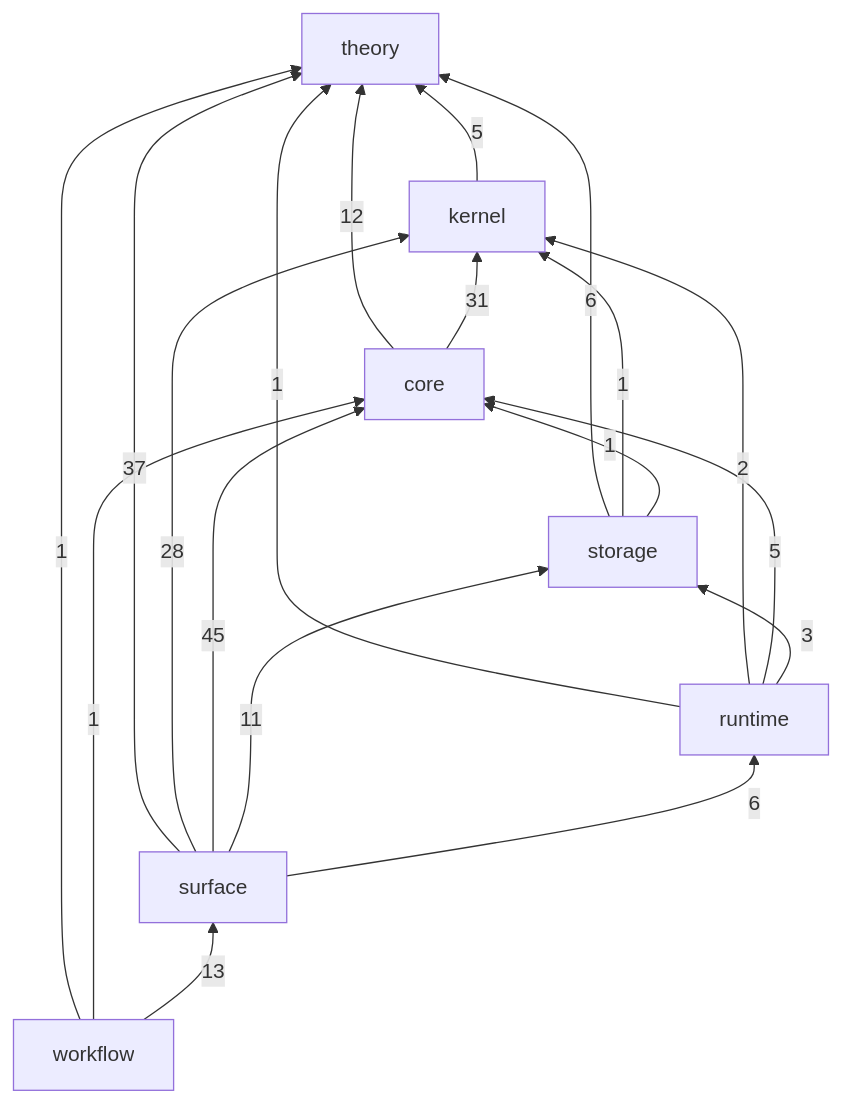
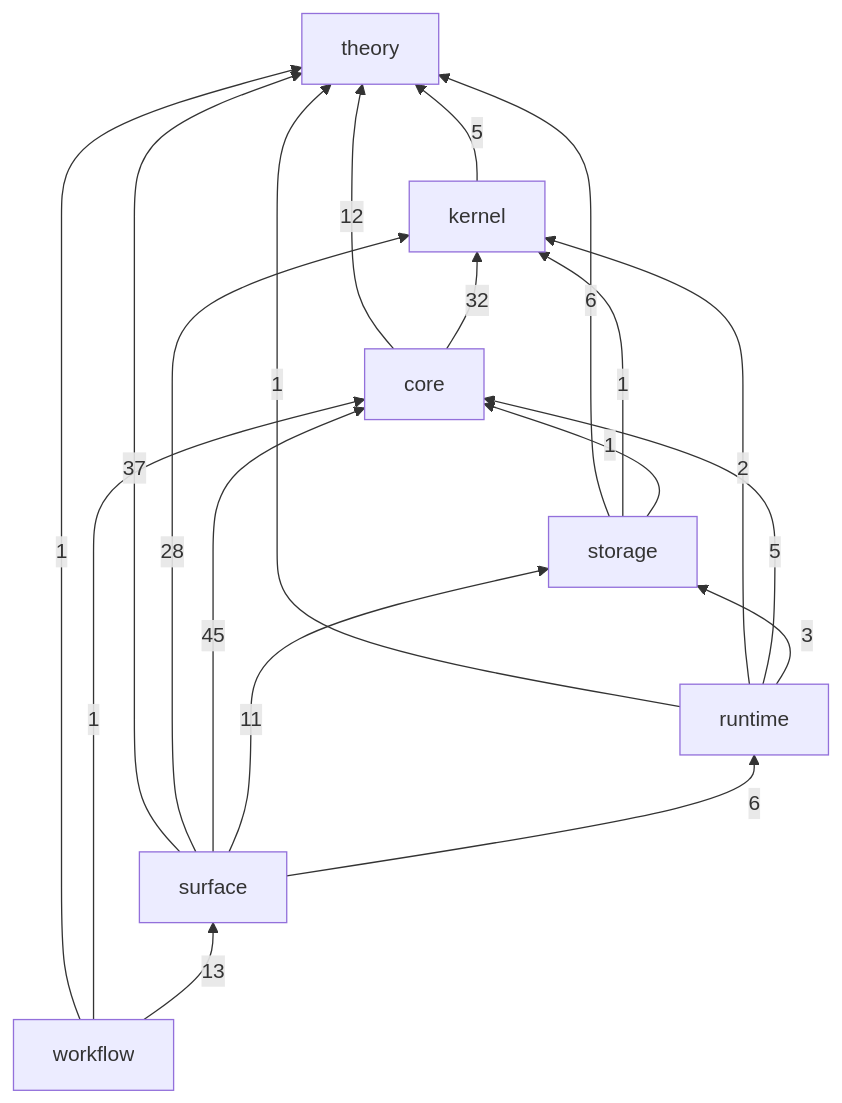
One commit to gandr-lang/gandr changed the diagram in ledger/README.md. Above: the diagram before and after it, drawn with Mermaid. The commit also changed 17 other files, not shown here.

````diff
--- a/ledger/README.md
+++ b/ledger/README.md
@@ -29,28 +29,28 @@
 ```mermaid
 flowchart BT
   theory
   kernel
   core
   storage
   runtime
   surface
   workflow
   kernel -->|5| theory
   core -->|12| theory
-  core -->|31| kernel
+  core -->|32| kernel
   storage -->|6| theory
   storage -->|1| kernel
   storage -->|1| core
   runtime -->|1| theory
   runtime -->|2| kernel
   runtime -->|5| core
   runtime -->|3| storage
   surface -->|37| theory
   surface -->|28| kernel
   surface -->|45| core
   surface -->|11| storage
   surface -->|6| runtime
   workflow -->|1| theory
   workflow -->|1| core
   workflow -->|13| surface
 ```
````
